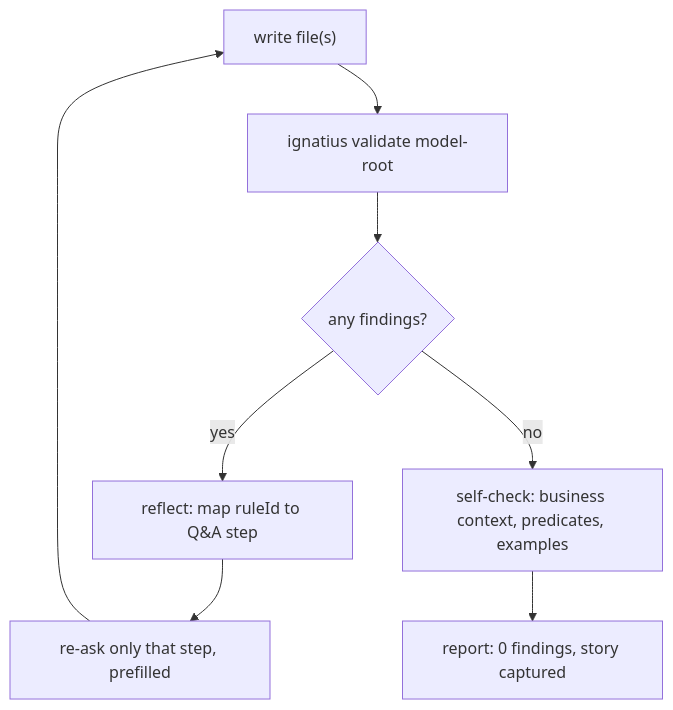
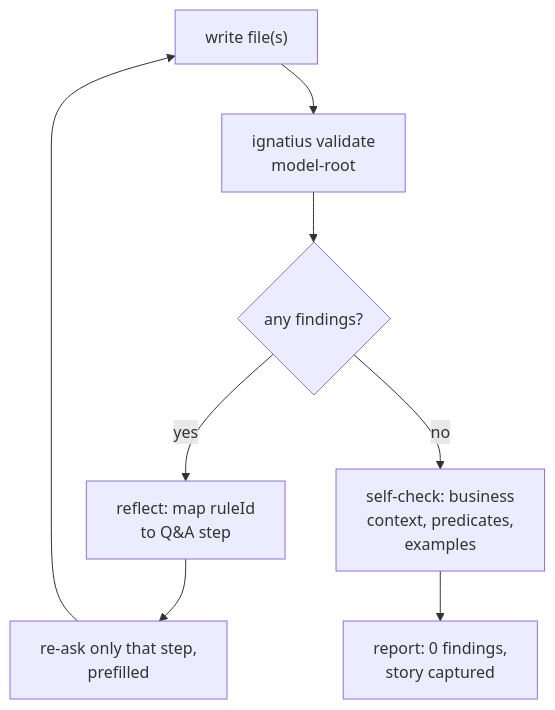
One commit to noormdev/ignatius changed the third of 4 diagrams in docs/wiki/skill.md. Above: the diagram before and after it, drawn with Mermaid. The commit also changed other lines of this file and 86 other files, not shown here.

````diff
--- a/docs/wiki/skill.md
+++ b/docs/wiki/skill.md
@@ -61,10 +59,10 @@
 ```mermaid
 flowchart TD
-    W["write file(s)"] --> V["ignatius validate model-root"]
+    W["write file(s)"] --> V["ignatius validate<br/>model-root"]
     V --> P{"any findings?"}
-    P -->|yes| R["reflect: map ruleId to Q&A step"]
-    R --> Q["re-ask only that step, prefilled"]
+    P -->|yes| R["reflect: map ruleId<br/>to Q&A step"]
+    R --> Q["re-ask only that step,<br/>prefilled"]
     Q --> W
-    P -->|no| S["self-check: business context, predicates, examples"]
-    S --> Done["report: 0 findings, story captured"]
+    P -->|no| S["self-check: business<br/>context, predicates,<br/>examples"]
+    S --> Done["report: 0 findings,<br/>story captured"]
 ```
````
